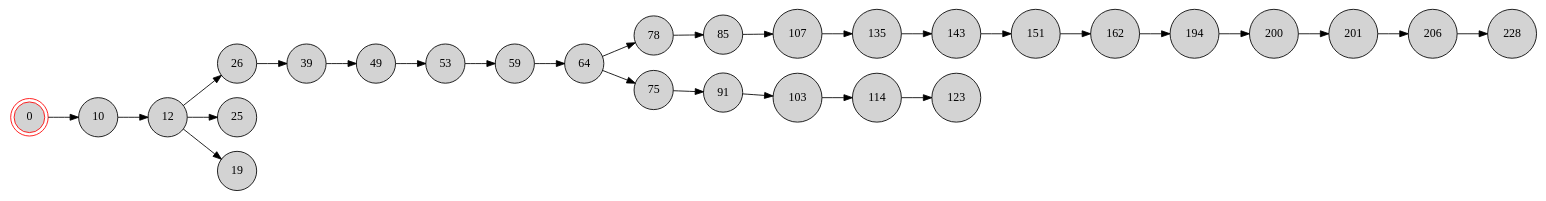
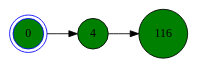
Before and after one commit to ananyarao23/CS765-BlockchainProject: the diagram in a2/output/dot/block_tree_6.dot, drawn with Graphviz. The commit also changed 419 other files, not shown here.

```diff
--- a/a2/output/dot/block_tree_6.dot
+++ b/a2/output/dot/block_tree_6.dot
@@ -1,33 +1,11 @@
 digraph BlockchainTree {
     rankdir=LR;
-    node [shape=circle, style=filled, fillcolor=lightgray];
+    node [shape=circle, style=filled, fontcolor=black];
 
-    0 [shape=doublecircle, color=red];
-    0 -> 10;
-    10 -> 12;
-    12 -> 26;
-    12 -> 25;
-    12 -> 19;
-    26 -> 39;
-    39 -> 49;
-    49 -> 53;
-    53 -> 59;
-    59 -> 64;
-    64 -> 78;
-    64 -> 75;
-    75 -> 91;
-    78 -> 85;
-    91 -> 103;
-    103 -> 114;
-    114 -> 123;
-    85 -> 107;
-    107 -> 135;
-    135 -> 143;
-    143 -> 151;
-    151 -> 162;
-    162 -> 194;
-    194 -> 200;
-    200 -> 201;
-    201 -> 206;
-    206 -> 228;
+    0 [fillcolor=green];
+    0 [shape=doublecircle, color=blue];
+    4 [fillcolor=green];
+    0 -> 4;
+    116 [fillcolor=green];
+    4 -> 116;
 }
```
